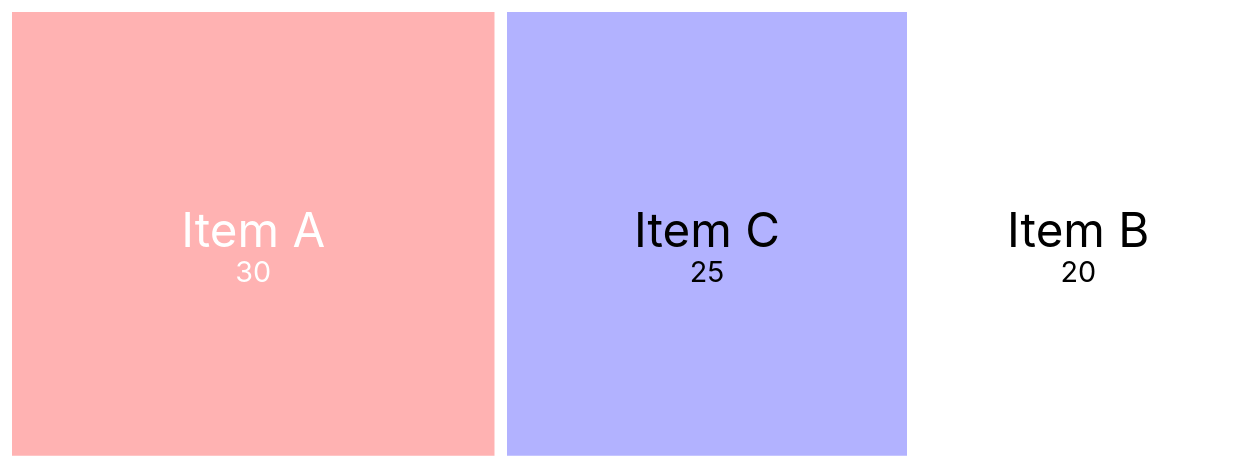
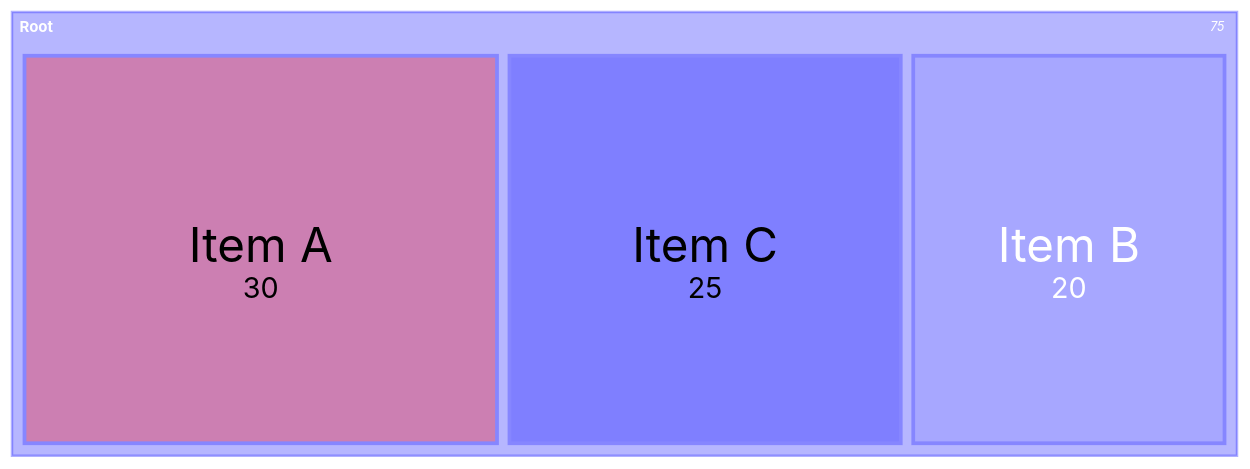
One commit to mermaid-js/mermaid changed the diagram in e2e/diagrams/treemap/12-should-apply-classdef-fill-color-to-leaf-nodes.mmd. Above: the diagram before and after it, drawn with Mermaid. The commit also changed 25 other files, not shown here.

```diff
--- a/e2e/diagrams/treemap/12-should-apply-classdef-fill-color-to-leaf-nodes.mmd
+++ b/e2e/diagrams/treemap/12-should-apply-classdef-fill-color-to-leaf-nodes.mmd
@@ -1,8 +1,8 @@
 treemap-beta
   "Root"
-  "Item A": 30:::redClass
-  "Item B": 20
-  "Item C": 25:::blueClass
+    "Item A": 30:::redClass
+    "Item B": 20
+    "Item C": 25:::blueClass
 
   classDef redClass fill:#ff0000;
   classDef blueClass fill:#0000ff;
```
